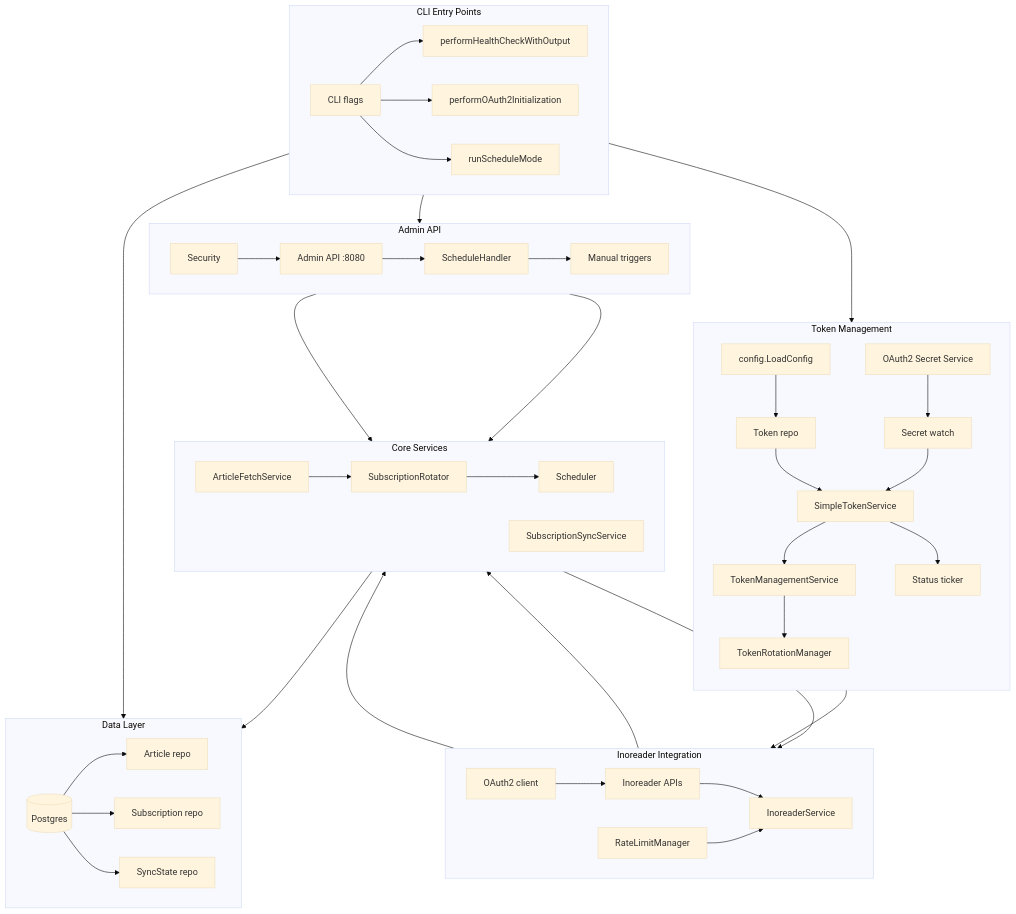
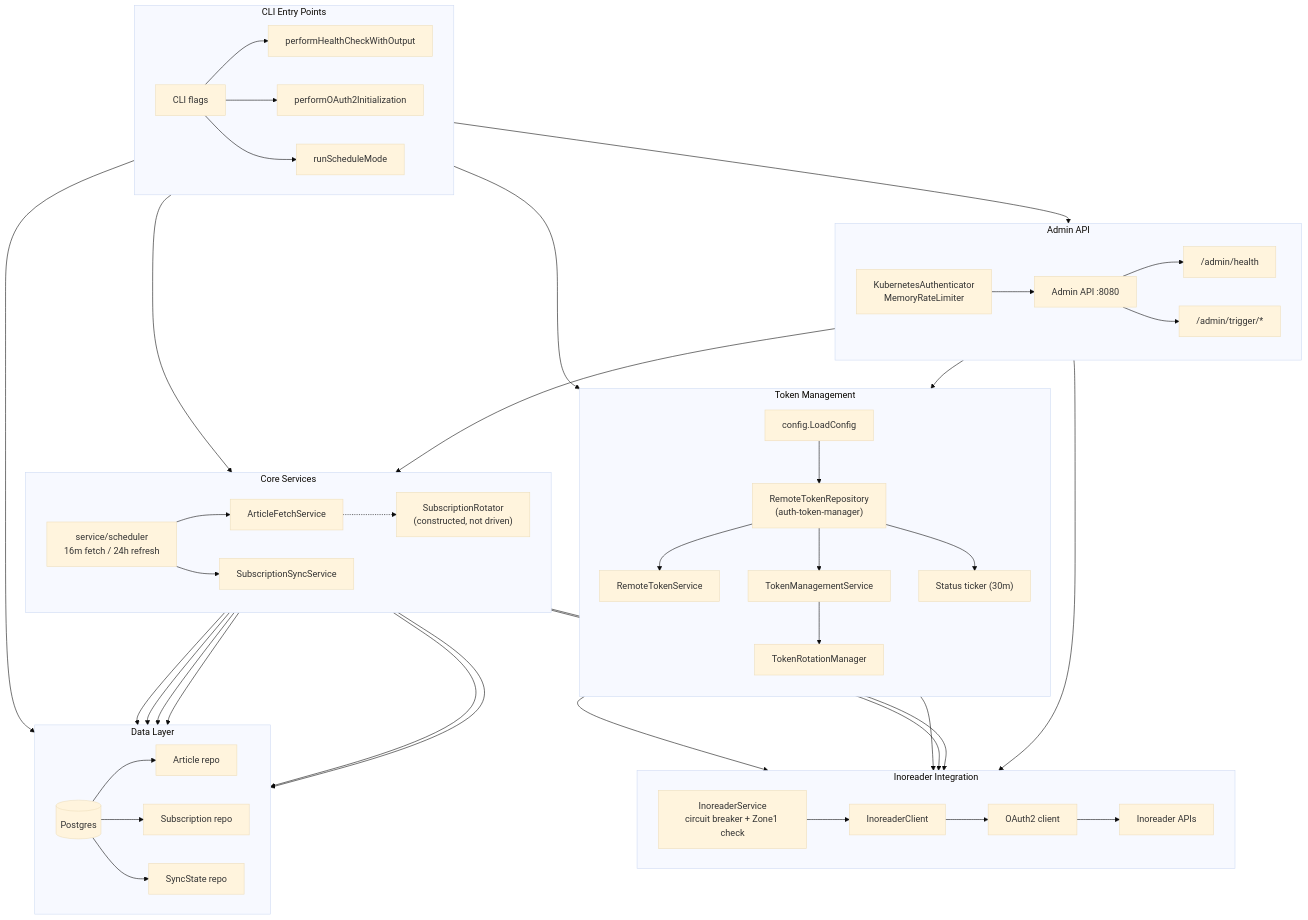
The diagram in docs/services/pre-processor-sidecar.md (Kaikei-e/Alt), drawn with Mermaid (base theme) before and after one commit. The commit also changed other lines of this file and 10 other files, not shown here.

First line of the commit message:
refactor(sidecar): delete the unreachable schedule and article-fetch handlers

````diff
--- a/docs/services/pre-processor-sidecar.md
+++ b/docs/services/pre-processor-sidecar.md
@@ -21,77 +20,80 @@
 ```mermaid
 flowchart TB
     subgraph CLI["CLI Entry Points"]
         direction LR
         CLIFlags["CLI flags"]
         Health["performHealthCheckWithOutput"]
         OAuthInit["performOAuth2Initialization"]
         ScheduleMode["runScheduleMode"]
         CLIFlags --> Health & OAuthInit & ScheduleMode
     end
 
     subgraph TokenSystem["Token Management"]
         direction TB
         Config["config.LoadConfig"]
-        TokenRepo["Token repo"]
-        Secrets["OAuth2 Secret Service"]
-        SecretWatch["Secret watch"]
-        SimpleTokenService["SimpleTokenService"]
+        RemoteRepo["RemoteTokenRepository<br/>(auth-token-manager)"]
+        RemoteTokenService["RemoteTokenService"]
         TokenManagementService["TokenManagementService"]
         TokenRotationManager["TokenRotationManager"]
-        StatusTicker["Status ticker"]
+        StatusTicker["Status ticker (30m)"]
 
-        Config --> TokenRepo
-        TokenRepo --> SimpleTokenService
-        Secrets --> SecretWatch --> SimpleTokenService
-        SimpleTokenService --> TokenManagementService
+        Config --> RemoteRepo
+        RemoteRepo --> RemoteTokenService
+        RemoteRepo --> TokenManagementService
         TokenManagementService --> TokenRotationManager
-        SimpleTokenService --> StatusTicker
+        RemoteRepo --> StatusTicker
     end
 
     subgraph ExternalAPI["Inoreader Integration"]
         direction LR
+        InoreaderService["InoreaderService<br/>circuit breaker + Zone1 check"]
+        InoreaderClient["InoreaderClient"]
         OAuth2Client["OAuth2 client"]
         InoreaderAPI["Inoreader APIs"]
-        InoreaderService["InoreaderService"]
-        RateLimitManager["RateLimitManager"]
 
-        OAuth2Client --> InoreaderAPI --> InoreaderService
-        RateLimitManager --> InoreaderService
+        InoreaderService --> InoreaderClient --> OAuth2Client --> InoreaderAPI
     end
 
     subgraph Services["Core Services"]
         direction LR
+        SchedulerNode["service/scheduler<br/>16m fetch / 24h refresh"]
         ArticleFetchService["ArticleFetchService"]
         SubscriptionSyncService["SubscriptionSyncService"]
-        SubscriptionRotator["SubscriptionRotator"]
-        SchedulerNode["Scheduler"]
+        SubscriptionRotator["SubscriptionRotator<br/>(constructed, not driven)"]
+
+        SchedulerNode --> ArticleFetchService & SubscriptionSyncService
+        ArticleFetchService -.-> SubscriptionRotator
     end
 
     subgraph DataLayer["Data Layer"]
         direction LR
         DB[(Postgres)]
         ArticleRepo["Article repo"]
         SubRepo["Subscription repo"]
         SyncStateRepo["SyncState repo"]
         DB --> ArticleRepo & SubRepo & SyncStateRepo
     end
 
     subgraph AdminLayer["Admin API"]
         direction LR
-        Security["Security"]
+        Security["KubernetesAuthenticator<br/>MemoryRateLimiter"]
         AdminAPI["Admin API :8080"]
-        ScheduleHandler["ScheduleHandler"]
-        ManualTriggers["Manual triggers"]
-        Security --> AdminAPI --> ScheduleHandler --> ManualTriggers
+        HealthEndpoint["/admin/health"]
+        ManualTriggers["/admin/trigger/*"]
+        Security --> AdminAPI --> HealthEndpoint & ManualTriggers
     end
 
     %% Cross-subgraph connections
     ScheduleMode --> Config
     ScheduleMode --> DB
     ScheduleMode --> AdminAPI
+    ScheduleMode --> SchedulerNode
     TokenManagementService --> OAuth2Client
-    InoreaderService --> ArticleFetchService & SubscriptionSyncService
-    ArticleFetchService --> SubscriptionRotator --> SchedulerNode --> SyncStateRepo
-    ArticleFetchService --> RateLimitManager
-    ScheduleHandler --> ArticleFetchService & SubscriptionSyncService
+    RemoteTokenService --> InoreaderService
+    ArticleFetchService & SubscriptionSyncService --> InoreaderService
+    SchedulerNode --> SyncStateRepo
+    ArticleFetchService --> ArticleRepo & SyncStateRepo & SubRepo
+    SubscriptionSyncService --> SubRepo & SyncStateRepo
+    ManualTriggers --> SchedulerNode
+    HealthEndpoint --> InoreaderService & RemoteTokenService
 ```
````
